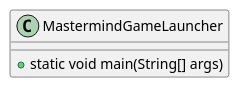
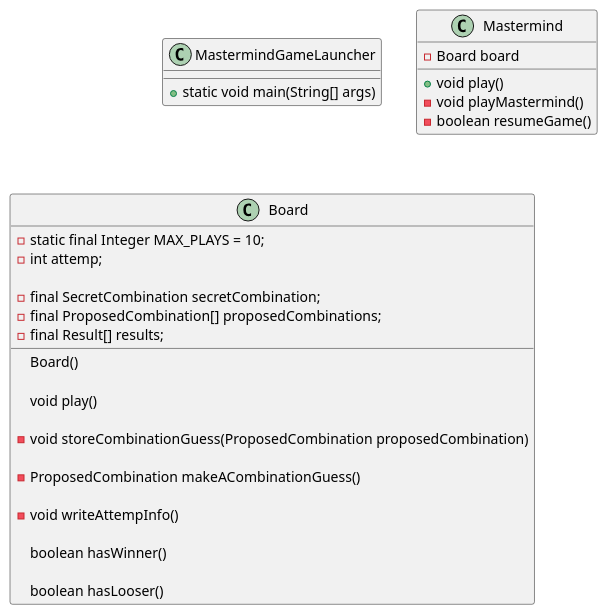
One commit to zuldare/masterCloudURJC-1-calidad-softwar changed the diagram in diagrams/MastermindClassDiagram.puml. Above: the diagram before and after it, drawn with PlantUML. The commit also changed 1 other file, not shown here.

```diff
--- a/diagrams/MastermindClassDiagram.puml
+++ b/diagrams/MastermindClassDiagram.puml
@@ -1,7 +1,38 @@
 @startuml
 
 class MastermindGameLauncher {
   + static void main(String[] args)
 }
 
+class Mastermind {
+- Board board
++ void play()
+- void playMastermind()
+- boolean resumeGame()
+}
+
+
+class Board {
+
+  - static final Integer MAX_PLAYS = 10;
+  - int attemp;
+
+  - final SecretCombination secretCombination;
+  - final ProposedCombination[] proposedCombinations;
+  - final Result[] results;
+
+  Board()
+
+  void play() 
+
+  - void storeCombinationGuess(ProposedCombination proposedCombination) 
+
+  - ProposedCombination makeACombinationGuess() 
+
+  - void writeAttempInfo()
+
+  boolean hasWinner()
+
+  boolean hasLooser()
+}
 @enduml
```
